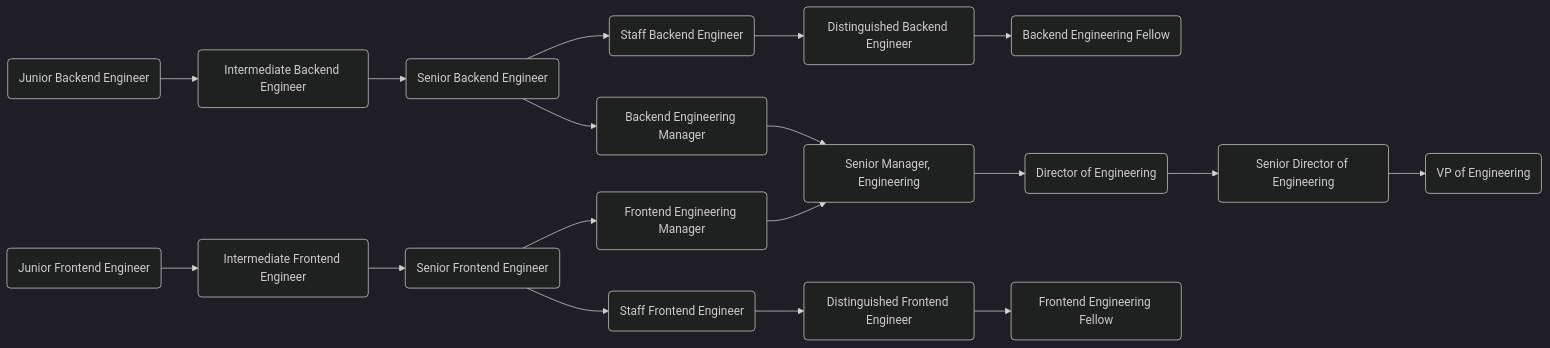
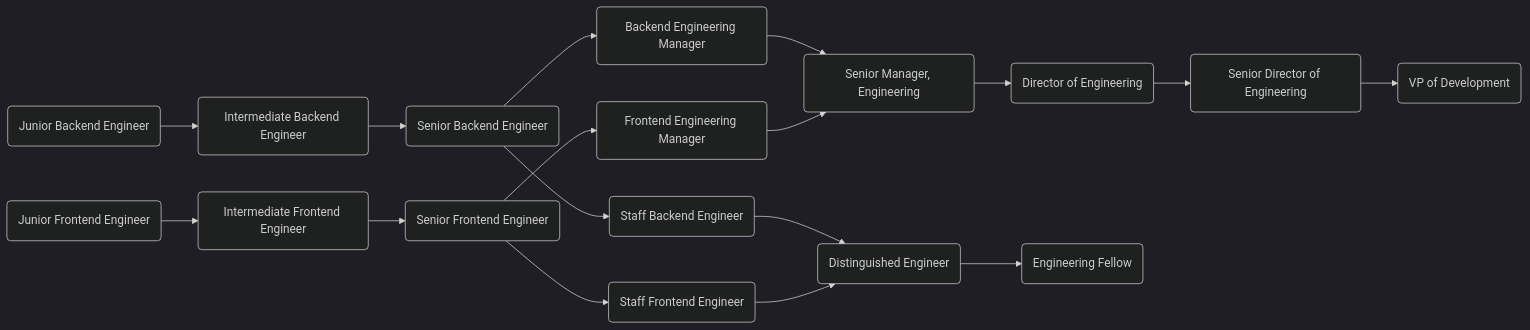
One commit to secretstartups/handbook changed the first of 6 diagrams in career-development/index.html.md. Above: the diagram before and after it, drawn with Mermaid (dark theme).

Commit message:
Updating career track to reflect tech agnostic Dist+ (like mgmt track)

````diff
--- a/career-development/index.html.md
+++ b/career-development/index.html.md
@@ -112,45 +112,41 @@
 ```mermaid
   graph LR;
-  eng:jbe(Junior Backend Engineer)-->eng:ibe(Intermediate Backend Engineer);
-  eng:ibe(Intermediate Backend Engineer)-->eng:sbe(Senior Backend Engineer);
+  eng:jbe(Junior Backend Engineer);
+  eng:jfe(Junior Frontend Engineer);
+  eng:ibe(Intermediate Backend Engineer);
+  eng:ife(Intermediate Frontend Engineer);
+  eng:sbe(Senior Backend Engineer);
+  eng:sfe(Senior Frontend Engineer);
+  eng:stb(Staff Backend Engineer);
+  eng:stf(Staff Frontend Engineer);
+  eng:fem(Frontend Engineering Manager);
+  eng:bem(Backend Engineering Manager);
+  eng:dis(Distinguished Engineer);
+  eng:sme(Senior Manager, Engineering);
+  eng:dir(Director of Engineering);
+  eng:sde(Senior Director of Engineering);
+  eng:fel(Engineering Fellow);
+  eng:vpd(VP of Development);
 
-  eng:sbe(Senior Backend Engineer)-->eng:stbe(Staff Backend Engineer);
-  eng:stbe(Staff Backend Engineer)-->eng:dbe(Distinguished Backend Engineer);
-  eng:dbe(Distinguished Backend Engineer)-->eng:ef(Backend Engineering Fellow);
-
-  eng:sbe(Senior Backend Engineer)-->eng:em(Backend Engineering Manager);
-  eng:em(Backend Engineering Manager)-->eng:sme(Senior Manager, Engineering);
-
-  eng:sme(Senior Manager, Engineering)-->eng:de(Director of Engineering);
-  eng:de(Director of Engineering)-->eng:sde(Senior Director of Engineering);
-  eng:sde(Senior Director of Engineering)-->eng:vpe(VP of Engineering);
-
-  eng:jfe(Junior Frontend Engineer)-->eng:ife(Intermediate Frontend Engineer);
-  eng:ife(Intermediate Frontend Engineer)-->eng:sfe(Senior Frontend Engineer);
-
-  eng:sfe(Senior Frontend Engineer)-->eng:feem(Frontend Engineering Manager);
-  eng:feem(Frontend Engineering Manager)-->eng:sme(Senior Manager, Engineering);
-
-  eng:sfe(Senior Frontend Engineer)-->eng:stfe(Staff Frontend Engineer);
-  eng:stfe(Staff Frontend Engineer)-->eng:dfe(Distinguished Frontend Engineer);
-  eng:dfe(Distinguished Frontend Engineer)-->eng:feef(Frontend Engineering Fellow);
+  eng:jfe-->eng:ife-->eng:sfe-->eng:stf & eng:fem;
+  eng:jbe-->eng:ibe-->eng:sbe-->eng:stb & eng:bem;
+  eng:bem & eng:fem-->eng:sme-->eng:dir-->eng:sde-->eng:vpd;
+  eng:stb & eng:stf-->eng:dis-->eng:fel;
 
   click eng:jbe "/job-families/engineering/backend-engineer#junior-backend-engineer";
   click eng:ibe "/job-families/engineering/backend-engineer#intermediate-backend-engineer";
   click eng:sbe "/job-families/engineering/backend-engineer#senior-backend-engineer";
   click eng:stbe "/job-families/engineering/backend-engineer#staff-backend-engineer";
-  click eng:dbe "/job-families/engineering/backend-engineer#distinguished-backend-engineer";
-  click eng:ef "/job-families/engineering/backend-engineer#engineering-fellow";
+  click eng:dis "/job-families/engineering/backend-engineer#distinguished-backend-engineer";
+  click eng:fel "/job-families/engineering/backend-engineer#engineering-fellow";
   click eng:em "/job-families/engineering/backend-engineer#engineering-manager";
   click eng:sme "/job-families/engineering/engineering-management/#senior-manager-development";
   click eng:de "/job-families/engineering/backend-engineer#director-of-engineering";
   click eng:sde "/job-families/engineering/backend-engineer#senior-director-of-engineering";
   click eng:vpe "/job-families/engineering/backend-engineer#vp-of-engineering";
   click eng:jfe "/job-families/engineering/frontend-engineer#junior-frontend-engineer";
   click eng:ife "/job-families/engineering/frontend-engineer#intermediate-frontend-engineer";
   click eng:sfe "/job-families/engineering/frontend-engineer#senior-frontend-engineer";
   click eng:stfe "/job-families/engineering/frontend-engineer#staff-frontend-engineer";
-  click eng:dfe "/job-families/engineering/frontend-engineer#distinguished-frontend-engineer";
-  click eng:feef "/job-families/engineering/frontend-engineer#frontend-engineering-fellow";
   click eng:feem "/job-families/engineering/frontend-engineering-manager";
 ```
````
